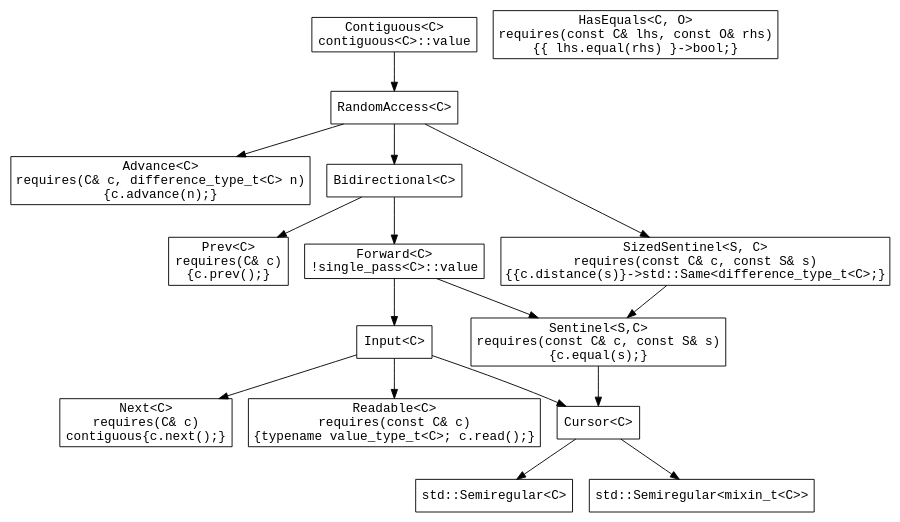
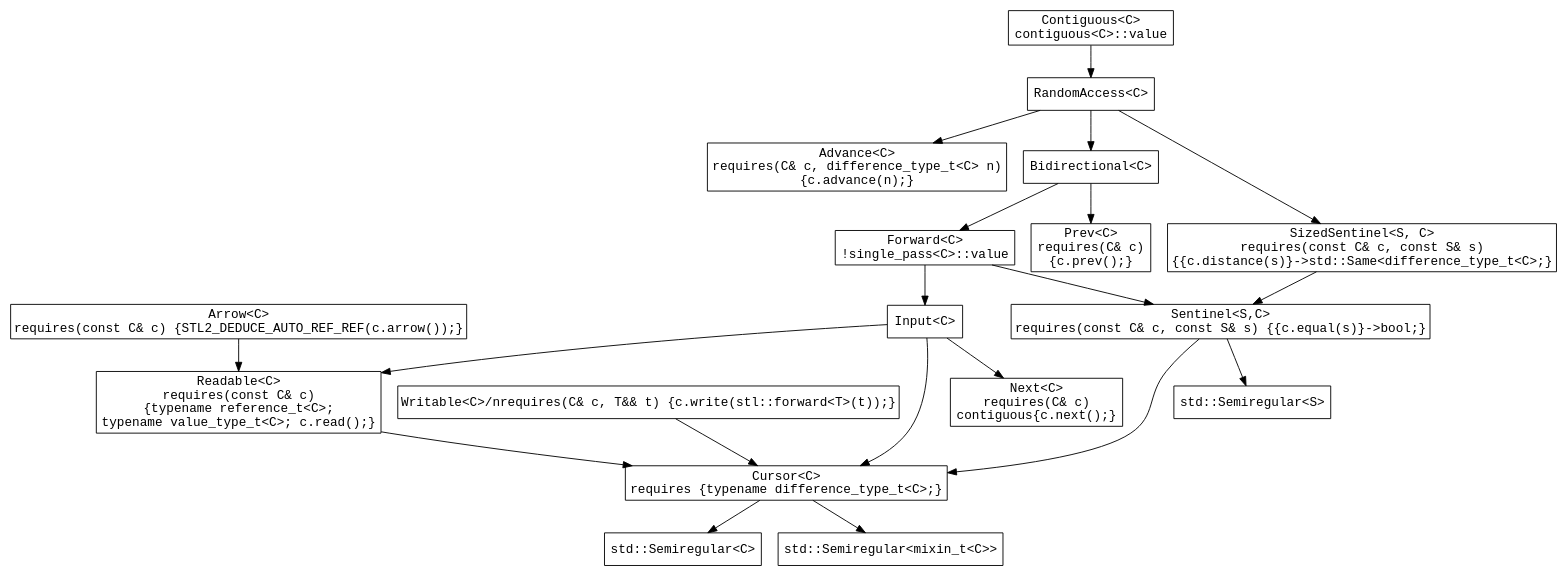
The diagram in cursor-concepts.dot (Beman/iterator-facade-proposal), drawn with Graphviz before and after one commit. The commit also changed 3 other files, not shown here.

```diff
--- a/cursor-concepts.dot
+++ b/cursor-concepts.dot
@@ -1,50 +1,59 @@
 digraph iterator_concepts
 {
   graph [fontname = "courier"];
   node [fontname = "courier"];
   edge [fontname = "courier"];
 
   // Nodes
   
   advance [label="Advance<C>\nrequires(C& c, difference_type_t<C> n)\n{c.advance(n);}" shape=box]
+  arrow [label="Arrow<C>\nrequires(const C& c) {STL2_DEDUCE_AUTO_REF_REF(c.arrow());}" shape=box]
   contiguous [label="Contiguous<C>\ncontiguous<C>::value" shape=box]
-  cursor [label="Cursor<C>" shape=box]
+  cursor [label="Cursor<C>\nrequires {typename difference_type_t<C>;}" shape=box]
   bidirectional [label="Bidirectional<C>" shape=box]
   forward [label="Forward<C>\n!single_pass<C>::value" shape=box]
-  hasequals [label="HasEquals<C, O>\nrequires(const C& lhs, const O& rhs)\n{{ lhs.equal(rhs) }->bool;}" shape=box]
   input [label="Input<C>" shape=box]
   next [label="Next<C>\nrequires(C& c)\ncontiguous{c.next();}" shape=box]
   prev [label="Prev<C>\nrequires(C& c)\n{c.prev();}" shape=box]
   randomaccess [label="RandomAccess<C>" shape=box]
-  readable [label="Readable<C>\nrequires(const C& c)\n{typename value_type_t<C>; c.read();}" shape=box]
+  readable [label="Readable<C>\nrequires(const C& c)\n{typename reference_t<C>;\ntypename value_type_t<C>; c.read();}" shape=box]
   semiregular [label="std::Semiregular<C>" shape=box]
   semiregular_mx [label="std::Semiregular<mixin_t<C>>" shape=box]
-  sentinel [label="Sentinel<S,C>\nrequires(const C& c, const S& s)\n{c.equal(s);}" shape=box]
+  semiregular_s [label="std::Semiregular<S>" shape=box]
+  sentinel [label="Sentinel<S,C>\nrequires(const C& c, const S& s) {{c.equal(s)}->bool;}" shape=box]
   sizedsentinel [label="SizedSentinel<S, C>\nrequires(const C& c, const S& s)\n{{c.distance(s)}->std::Same<difference_type_t<C>;}" shape=box]
+  writable [label="Writable<C>/nrequires(C& c, T&& t) {c.write(stl::forward<T>(t));}" shape=box]
    
   // Edges
   
   cursor -> semiregular;
   cursor -> semiregular_mx;
+
+  readable -> cursor;
+
+  writable -> cursor;
+
+  arrow -> readable;
+
+  sentinel -> cursor;
+  sentinel -> semiregular_s;
+  
+  sizedsentinel -> sentinel;
   
   input -> cursor;
   input -> readable;
   input -> next;
   
   forward -> input;
   forward -> sentinel;
   
-  sentinel -> cursor;
-  
   bidirectional -> forward;
   bidirectional -> prev;
   
   randomaccess -> bidirectional;
   randomaccess -> advance;
   randomaccess -> sizedsentinel;
   
-  sizedsentinel -> sentinel;
-  
   contiguous -> randomaccess;
 
 }
```
